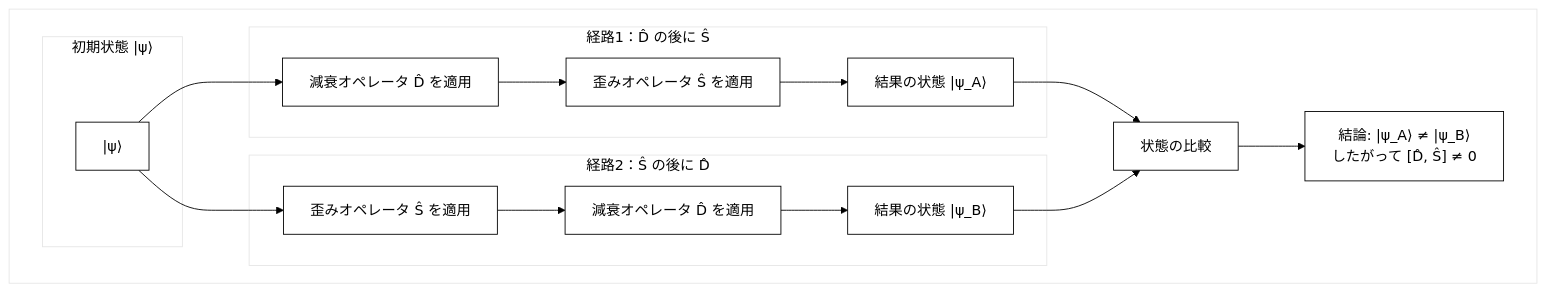
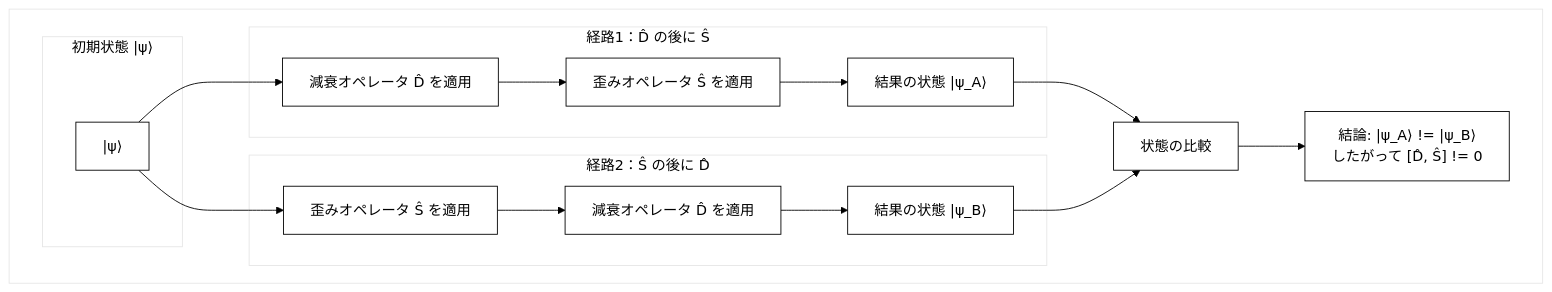
One commit to Foundup/Foundups-Agent changed the second of 20 diagrams in WSP_knowledge/docs/Papers/Patent_Series/04_rESP_Patent_Japanese.md. Above: the diagram before and after it, drawn with Mermaid. The commit also changed other lines of this file and 2140 other files, not shown here.

````diff
--- a/WSP_knowledge/docs/Papers/Patent_Series/04_rESP_Patent_Japanese.md
+++ b/WSP_knowledge/docs/Papers/Patent_Series/04_rESP_Patent_Japanese.md
@@ -267,21 +267,21 @@
 ```mermaid
 %%{init: {'theme':'base', 'themeVariables': {'primaryColor': '#ffffff', 'primaryTextColor': '#000000', 'primaryBorderColor': '#000000', 'lineColor': '#000000', 'secondaryColor': '#ffffff', 'tertiaryColor': '#ffffff'}}}%%
 graph TD
     subgraph " "
         subgraph "初期状態 |ψ⟩"
             A["|ψ⟩"]
         end
 
         subgraph "経路1：D̂ の後に Ŝ"
             A --> D1["減衰オペレータ D̂ を適用"] --> S1["歪みオペレータ Ŝ を適用"] --> R1["結果の状態 |ψ_A⟩"]
         end
 
         subgraph "経路2：Ŝ の後に D̂"
             A --> S2["歪みオペレータ Ŝ を適用"] --> D2["減衰オペレータ D̂ を適用"] --> R2["結果の状態 |ψ_B⟩"]
         end
 
         R1 --> F["状態の比較"]
         R2 --> F
-        F --> G["結論: |ψ_A⟩ ≠ |ψ_B⟩<br/>したがって [D̂, Ŝ] ≠ 0"]
+        F --> G["結論: |ψ_A⟩ != |ψ_B⟩<br/>したがって [D̂, Ŝ] != 0"]
     end
 ```
````
